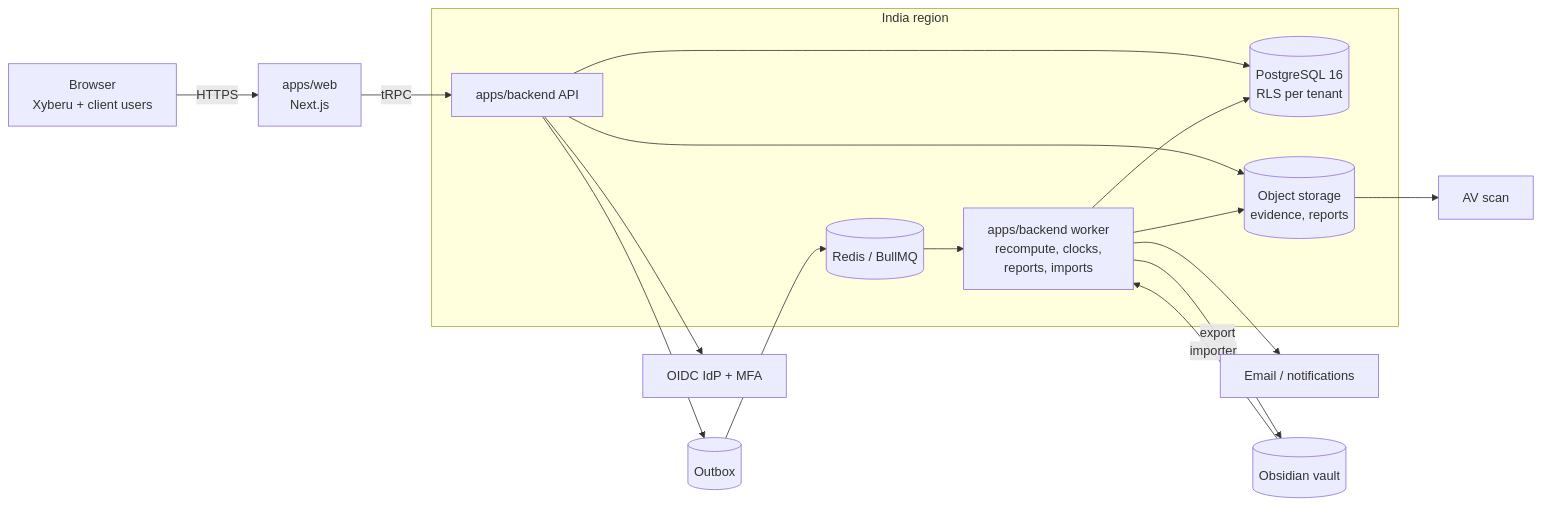
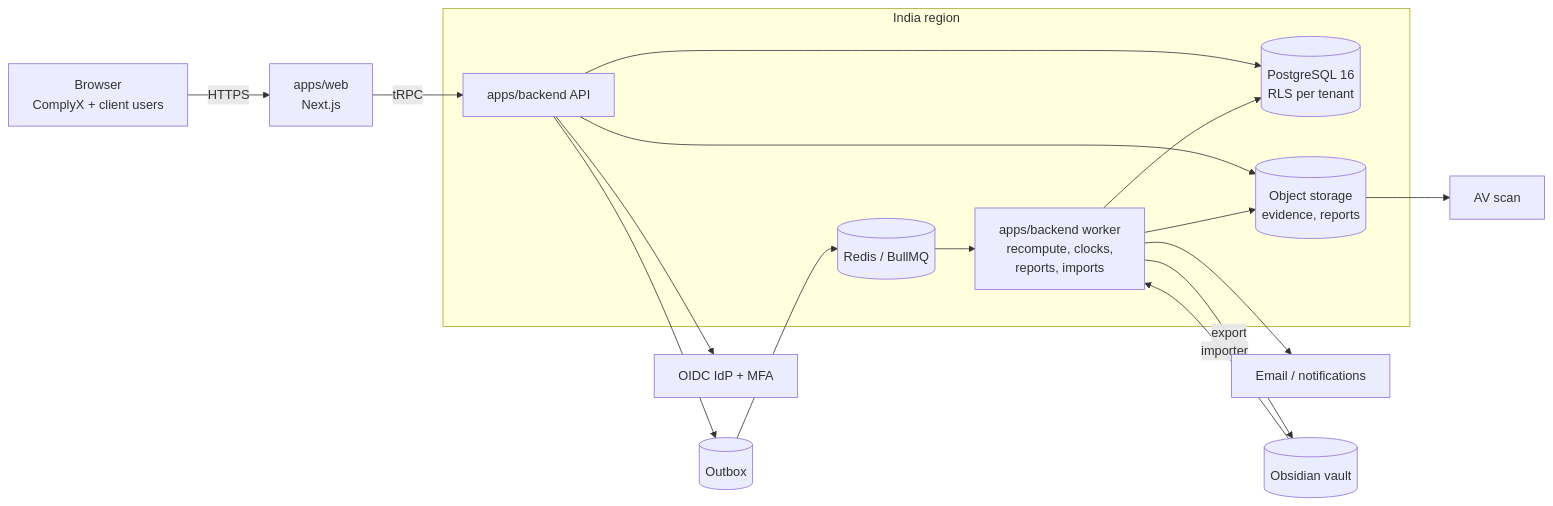
The ninth of 11 diagrams in docs/DUATF-GRC-Platform-Plan.md (EswaranS-06/DPDPA), drawn with Mermaid before and after one commit. The commit also changed other lines of this file and 14 other files, not shown here.

First line of the commit message:
Rename Xyberu to ComplyX

````diff
--- a/docs/DUATF-GRC-Platform-Plan.md
+++ b/docs/DUATF-GRC-Platform-Plan.md
@@ -652,24 +652,24 @@
 ```mermaid
 flowchart LR
-  U[Browser<br/>Xyberu + client users] -->|HTTPS| W[apps/web<br/>Next.js]
+  U[Browser<br/>ComplyX + client users] -->|HTTPS| W[apps/web<br/>Next.js]
   W -->|tRPC| API[apps/backend API]
   API --> PG[(PostgreSQL 16<br/>RLS per tenant)]
   API --> OB[(Outbox)]
   OB --> Q[(Redis / BullMQ)]
   Q --> WK[apps/backend worker<br/>recompute, clocks,<br/>reports, imports]
   WK --> PG
   API --> S3[(Object storage<br/>evidence, reports)]
   WK --> S3
   S3 --> AV[AV scan]
   API --> IDP[OIDC IdP + MFA]
   WK --> MAIL[Email / notifications]
   V[(Obsidian vault)] -->|importer| WK
   WK -->|export| V
   subgraph India region
     PG
     S3
     Q
     API
     WK
   end
 ```
````
